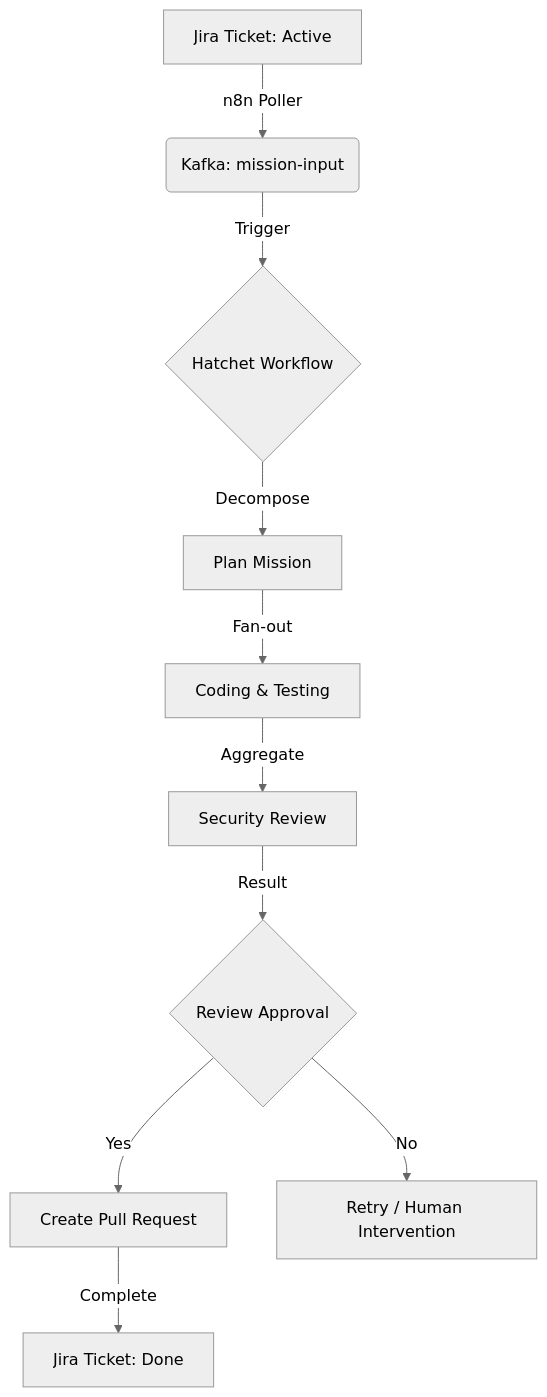
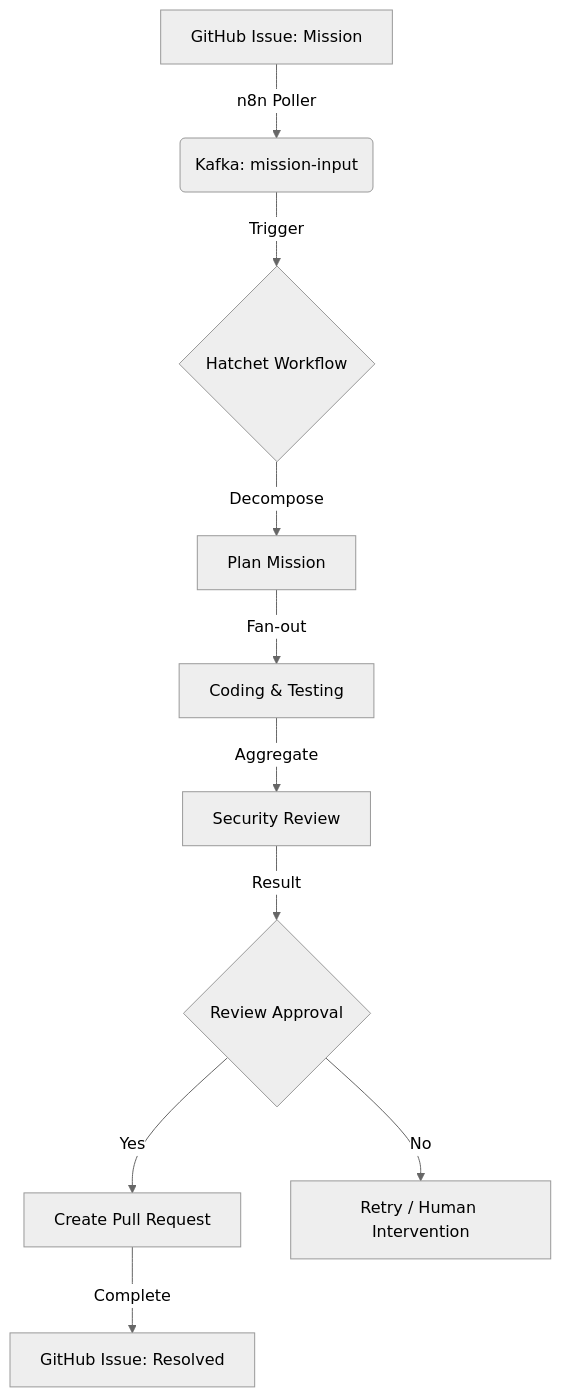
The diagram in wiki/business_understanding.md (lgcorzo/rust_CACD_autonomous_factory), drawn with Mermaid (neutral theme) before and after one commit. The commit also changed other lines of this file and 7 other files, not shown here.

Commit message:
refactor: replace Jira with GitHub/GitLab integration and add Jules agent to documentation

````diff
--- a/wiki/business_understanding.md
+++ b/wiki/business_understanding.md
@@ -33,12 +34,12 @@
 ```mermaid
 graph TD
-    A[Jira Ticket: Active] -->|n8n Poller| B(Kafka: mission-input)
+    A[GitHub Issue: Mission] -->|n8n Poller| B(Kafka: mission-input)
     B -->|Trigger| C{Hatchet Workflow}
     C -->|Decompose| D[Plan Mission]
     D -->|Fan-out| E[Coding & Testing]
     E -->|Aggregate| F[Security Review]
     F -->|Result| G{Review Approval}
     G -->|Yes| H[Create Pull Request]
     G -->|No| I[Retry / Human Intervention]
-    H -->|Complete| J[Jira Ticket: Done]
+    H -->|Complete| J[GitHub Issue: Resolved]
 ```
````
